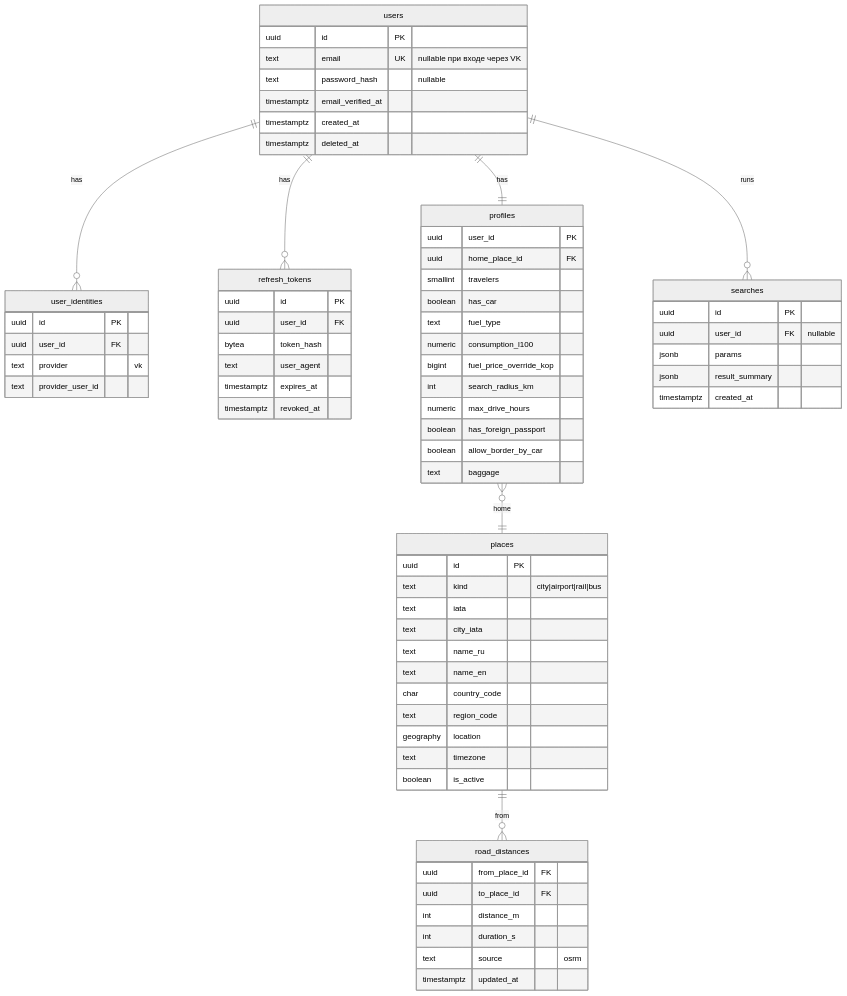
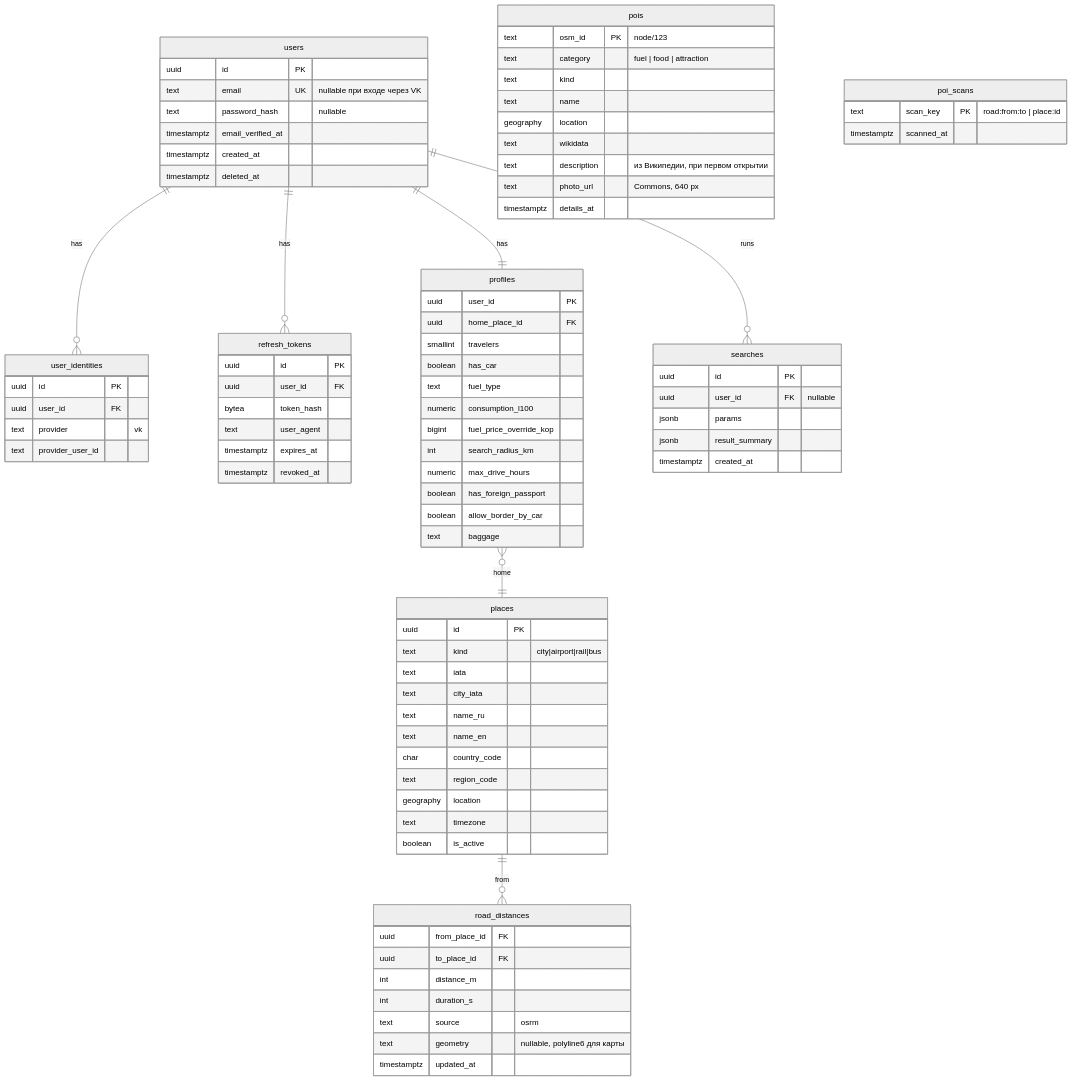
The diagram in docs/05-data-model.md (SergeyLazarevv/Klubok), drawn with Mermaid (neutral theme) before and after one commit. The commit also changed 64 other files, not shown here.

```diff
--- a/docs/05-data-model.md
+++ b/docs/05-data-model.md
@@ -68,7 +68,23 @@
         int distance_m
         int duration_s
         text source "osrm"
+        text geometry "nullable, polyline6 для карты"
         timestamptz updated_at
+    }
+    pois {
+        text osm_id PK "node/123"
+        text category "fuel | food | attraction"
+        text kind
+        text name
+        geography location
+        text wikidata
+        text description "из Википедии, при первом открытии"
+        text photo_url "Commons, 640 px"
+        timestamptz details_at
+    }
+    poi_scans {
+        text scan_key PK "road:from:to | place:id"
+        timestamptz scanned_at
     }
     searches {
         uuid id PK
```
